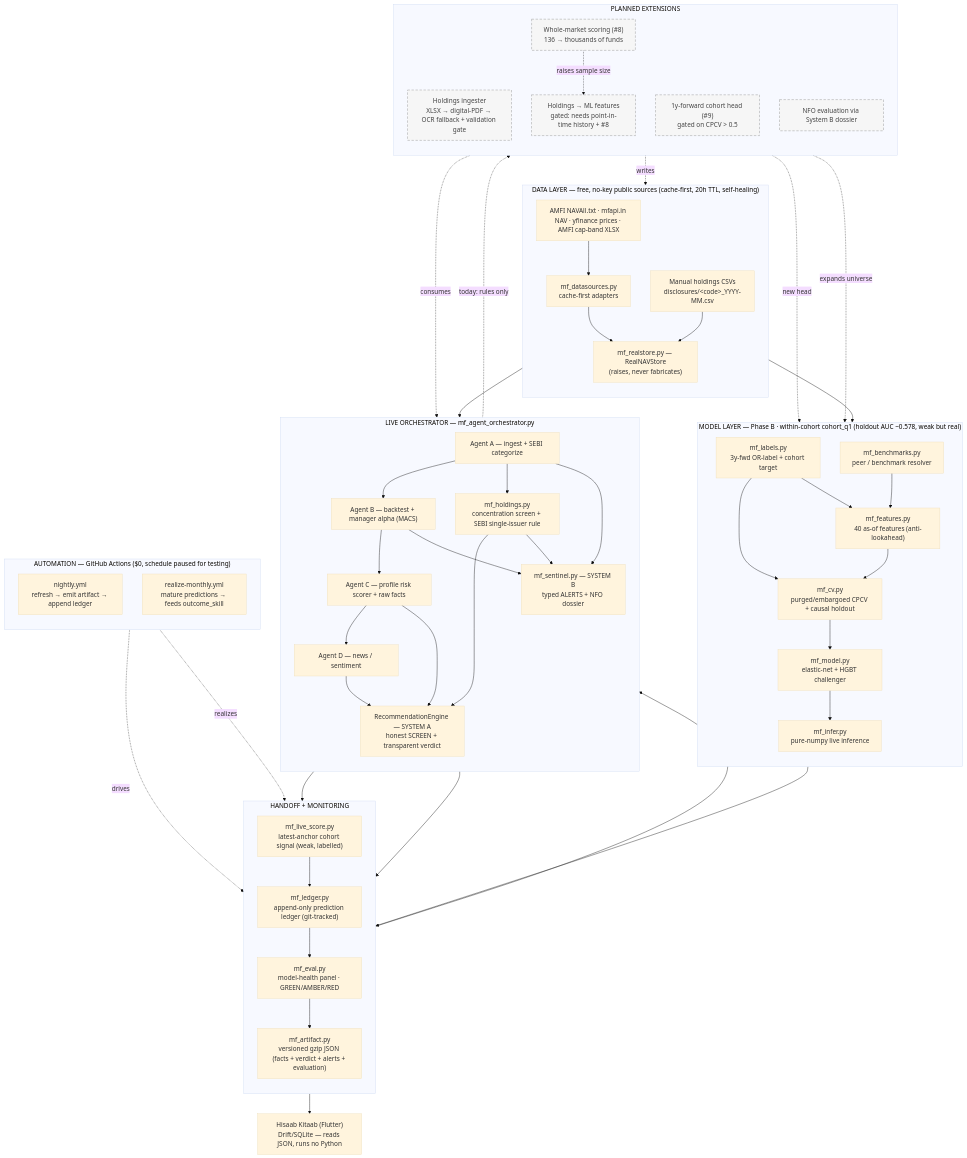
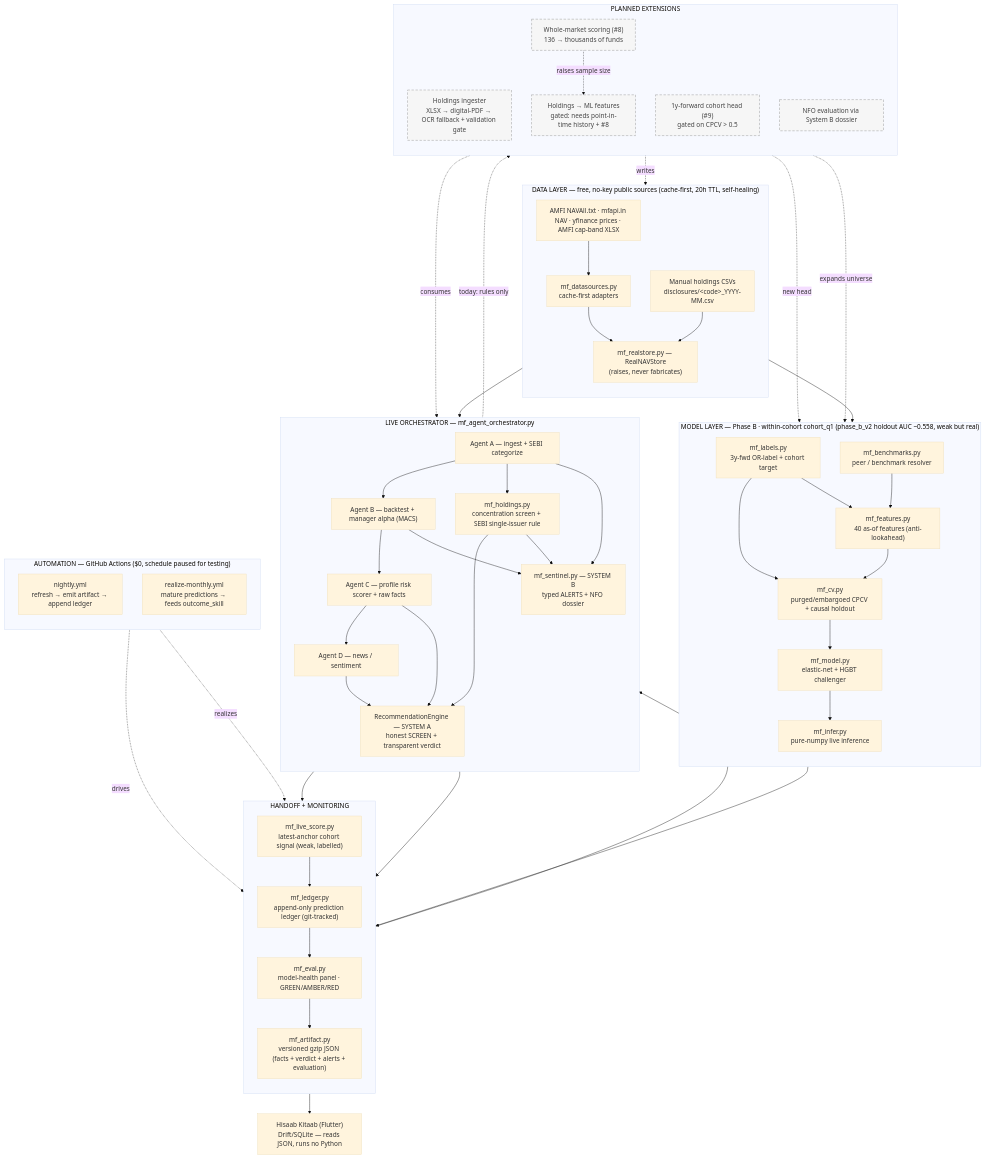
One commit to satyamx/mutual-fund-pipeline changed the diagram in docs/architecture.md. Above: the diagram before and after it, drawn with Mermaid (base theme). The commit also changed 13 other files, not shown here.

First line of the commit message:
model: retrain cohort_q1 on 367 funds as phase_b_v2

```diff
--- a/docs/architecture.md
+++ b/docs/architecture.md
@@ -20,7 +20,7 @@
     end
 
     %% ================= MODEL LAYER =================
-    subgraph MODEL["MODEL LAYER — Phase B · within-cohort cohort_q1 (holdout AUC ~0.578, weak but real)"]
+    subgraph MODEL["MODEL LAYER — Phase B · within-cohort cohort_q1 (phase_b_v2 holdout AUC ~0.558, weak but real)"]
         direction TB
         LAB["mf_labels.py<br/>3y-fwd OR-label + cohort target"]
         BENCH["mf_benchmarks.py<br/>peer / benchmark resolver"]
```
